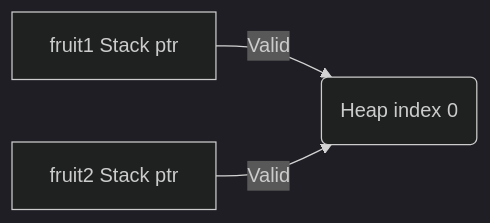
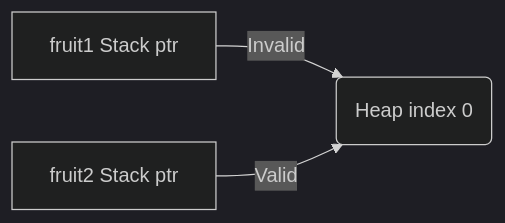
One commit to dipankarpaul2k/Rust-Notes changed the second of 2 diagrams in 03_Ownership/02_ownership.md. Above: the diagram before and after it, drawn with Mermaid (dark theme). The commit also changed 21 other files, not shown here.

````diff
--- a/03_Ownership/02_ownership.md
+++ b/03_Ownership/02_ownership.md
@@ -98,5 +98,5 @@
 ```mermaid
 flowchart LR
-    A[fruit1 Stack ptr] -->|Valid|B(Heap index 0)
+    A[fruit1 Stack ptr] -->|Invalid|B(Heap index 0)
     C[fruit2 Stack ptr] -->|Valid|B
 ```
````
